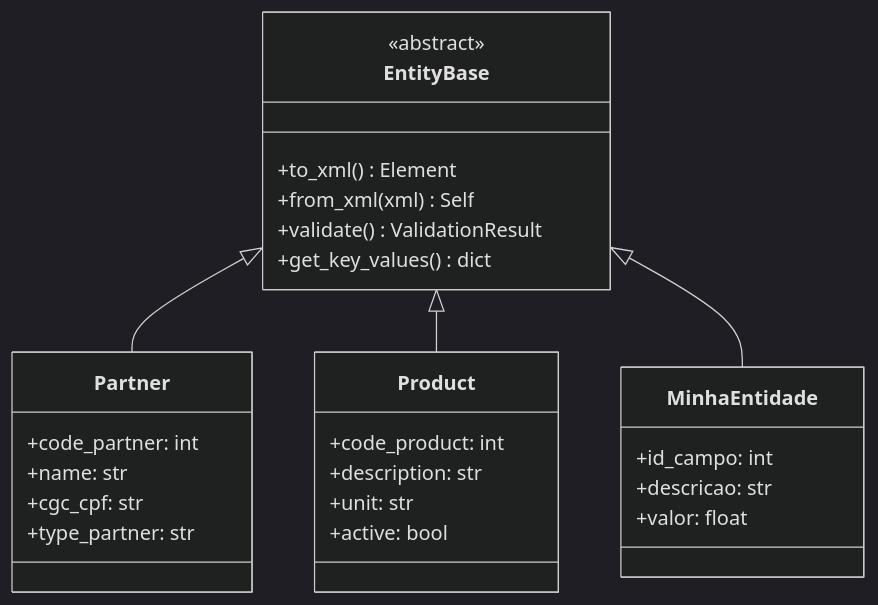
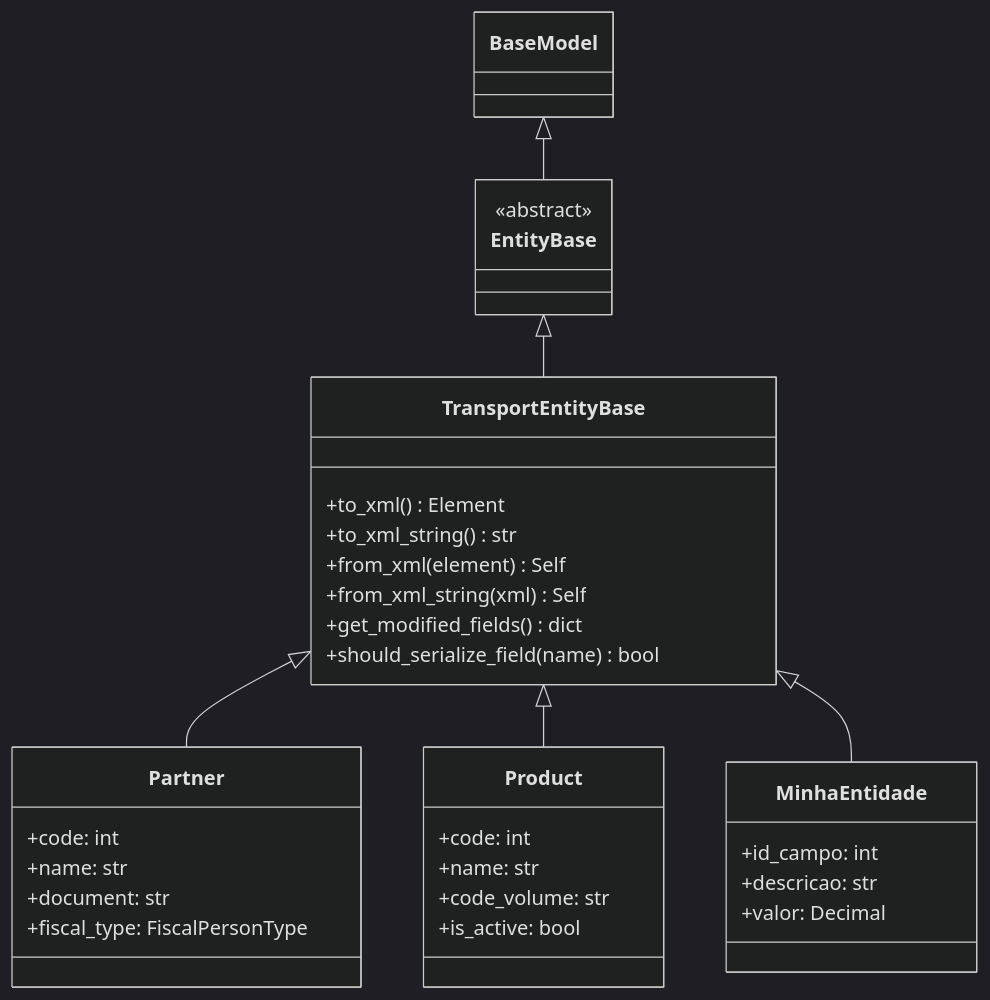
The second of 3 diagrams in docs/core-concepts/entity-system.md (ssmvictor/Sankhya-SDK-python), drawn with Mermaid (dark theme) before and after one commit. The commit also changed other lines of this file and 1 other file, not shown here.

````diff
--- a/docs/core-concepts/entity-system.md
+++ b/docs/core-concepts/entity-system.md
@@ -186,34 +149,38 @@
 ```mermaid
 classDiagram
+    class BaseModel
     class EntityBase {
         <<abstract>>
+    }
+    class TransportEntityBase {
         +to_xml() Element
-        +from_xml(xml) Self
-        +validate() ValidationResult
-        +get_key_values() dict
+        +to_xml_string() str
+        +from_xml(element) Self
+        +from_xml_string(xml) Self
+        +get_modified_fields() dict
+        +should_serialize_field(name) bool
     }
-    
     class Partner {
-        +code_partner: int
+        +code: int
         +name: str
-        +cgc_cpf: str
-        +type_partner: str
+        +document: str
+        +fiscal_type: FiscalPersonType
     }
-    
     class Product {
-        +code_product: int
-        +description: str
-        +unit: str
-        +active: bool
+        +code: int
+        +name: str
+        +code_volume: str
+        +is_active: bool
     }
-    
     class MinhaEntidade {
         +id_campo: int
         +descricao: str
-        +valor: float
+        +valor: Decimal
     }
-    
-    EntityBase <|-- Partner
-    EntityBase <|-- Product
-    EntityBase <|-- MinhaEntidade
+
+    BaseModel <|-- EntityBase
+    EntityBase <|-- TransportEntityBase
+    TransportEntityBase <|-- Partner
+    TransportEntityBase <|-- Product
+    TransportEntityBase <|-- MinhaEntidade
 ```
````
